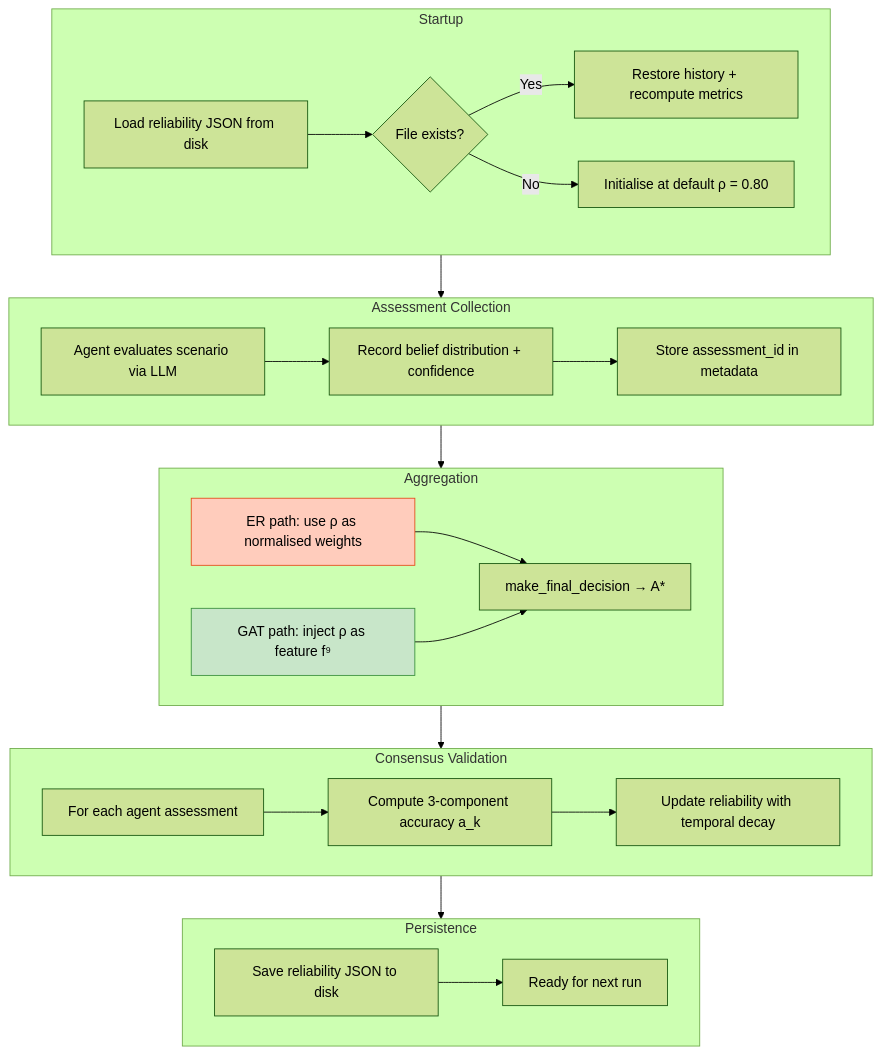
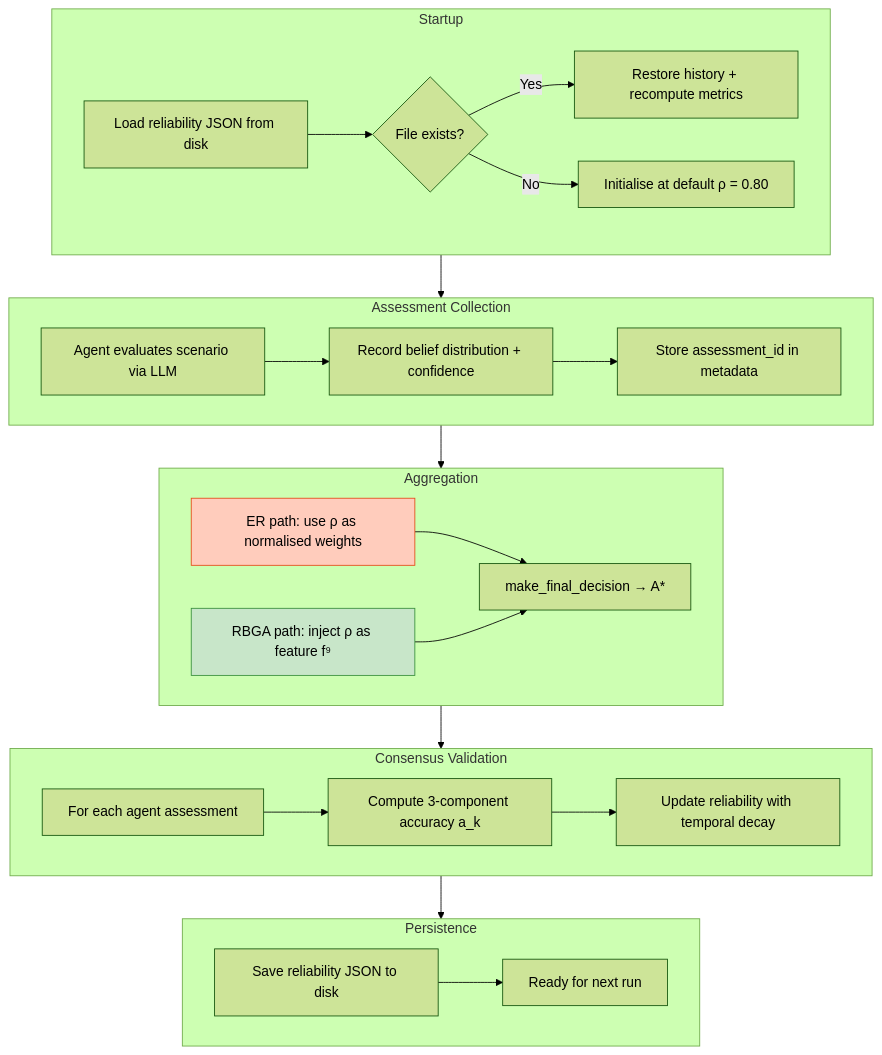
The fourth of 7 diagrams in academic_journal_draft_long version.md (kerbgr/crisis_mas_poc), drawn with Mermaid (forest theme) before and after one commit. The commit also changed other lines of this file and 14 other files, not shown here.

````diff
--- a/academic_journal_draft_long version.md
+++ b/academic_journal_draft_long version.md
@@ -367,43 +381,43 @@
 ```mermaid
 flowchart TB
     subgraph INIT["Startup"]
         LOAD[Load reliability JSON from disk]
         CHECK{File exists?}
         RESTORE[Restore history + recompute metrics]
         FRESH[Initialise at default ρ = 0.80]
         LOAD --> CHECK
         CHECK -->|Yes| RESTORE
         CHECK -->|No| FRESH
     end
 
     subgraph COLLECT["Assessment Collection"]
         EVAL[Agent evaluates scenario via LLM]
         RECORD[Record belief distribution + confidence]
         STASH[Store assessment_id in metadata]
         EVAL --> RECORD --> STASH
     end
 
     subgraph DECIDE["Aggregation"]
         ER_W[ER path: use ρ as normalised weights]
-        GAT_F[GAT path: inject ρ as feature f⁹]
+        GAT_F[RBGA path: inject ρ as feature f⁹]
         FINAL[make_final_decision → A*]
         ER_W & GAT_F --> FINAL
     end
 
     subgraph VALIDATE["Consensus Validation"]
         LOOP[For each agent assessment]
         SCORE[Compute 3-component accuracy a_k]
         UPDATE[Update reliability with temporal decay]
         LOOP --> SCORE --> UPDATE
     end
 
     subgraph PERSIST["Persistence"]
         SAVE[Save reliability JSON to disk]
         SAVE --> DONE[Ready for next run]
     end
 
     INIT --> COLLECT --> DECIDE --> VALIDATE --> PERSIST
 
     style ER_W fill:#ffccbc,stroke:#e64a19
     style GAT_F fill:#c8e6c9,stroke:#388e3c
 ```
````
